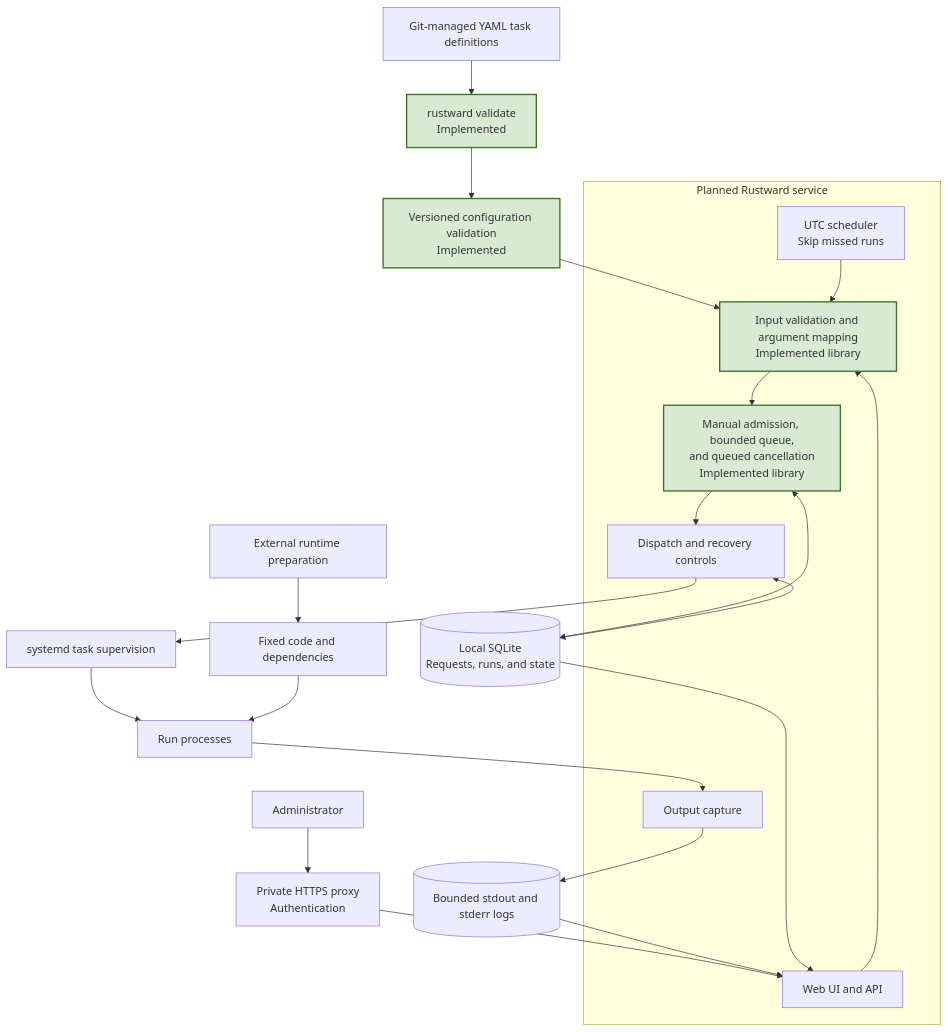
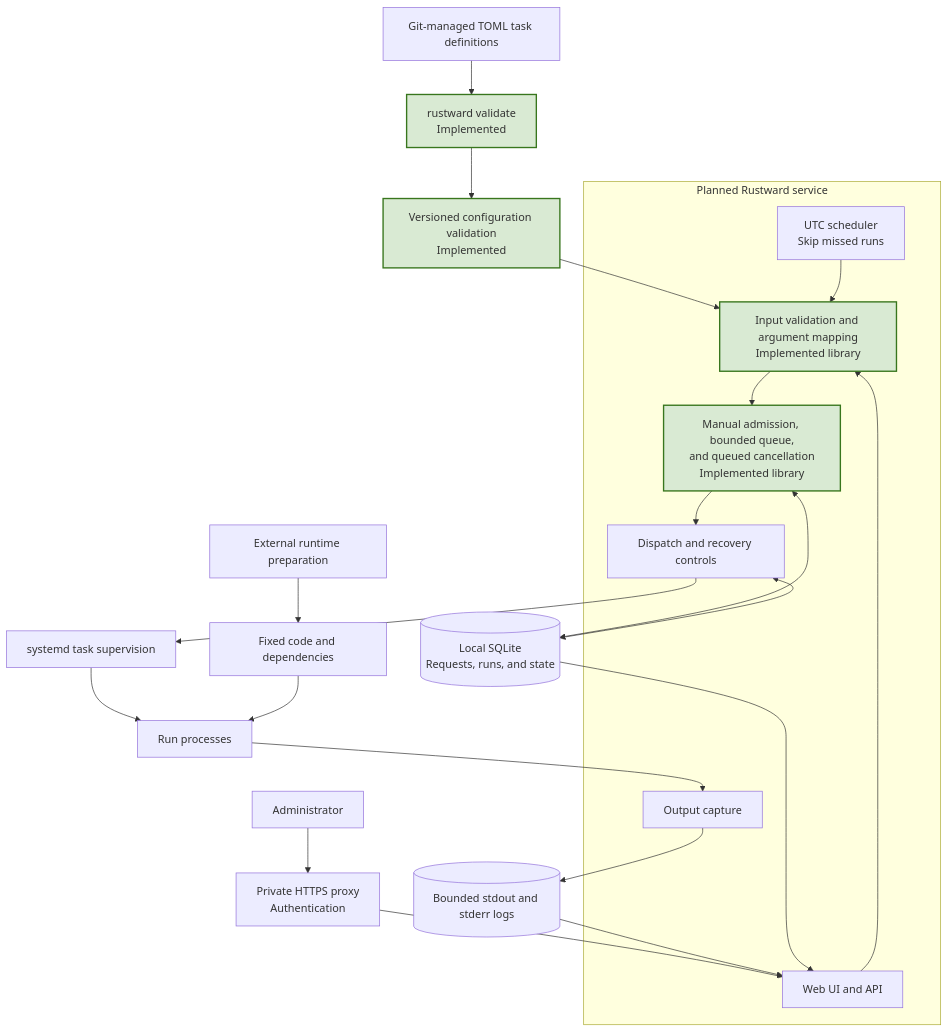
Before and after one commit to chrizpower/rustward: the diagram in docs/ARCHITECTURE.md, drawn with Mermaid. The commit also changed other lines of this file and 17 other files, not shown here.

Commit message:
refactor: replace YAML configuration with TOML

````diff
--- a/docs/ARCHITECTURE.md
+++ b/docs/ARCHITECTURE.md
@@ -14,45 +14,45 @@
 ```mermaid
 flowchart TB
-    Git["Git-managed YAML task definitions"]
+    Git["Git-managed TOML task definitions"]
     CLI["rustward validate<br/>Implemented"]
     Config["Versioned configuration validation<br/>Implemented"]
 
     Admin["Administrator"]
     Proxy["Private HTTPS proxy<br/>Authentication"]
 
     subgraph Service["Planned Rustward service"]
         UI["Web UI and API"]
         Cron["UTC scheduler<br/>Skip missed runs"]
         Inputs["Input validation and argument mapping<br/>Implemented library"]
         Queue["Manual admission, bounded queue,<br/>and queued cancellation<br/>Implemented library"]
         Dispatch["Dispatch and recovery controls"]
         Capture["Output capture"]
     end
 
     DB[("Local SQLite<br/>Requests, runs, and state")]
     Prepare["External runtime preparation"]
     Runtime["Fixed code and dependencies"]
     Systemd["systemd task supervision"]
     Task["Run processes"]
     Logs[("Bounded stdout and stderr logs")]
 
     Git --> CLI --> Config
     Config --> Inputs
 
     Admin --> Proxy --> UI
     UI --> Inputs
     Cron --> Inputs
     Inputs --> Queue --> Dispatch
     Queue <--> DB
     Dispatch <--> DB
 
     Prepare --> Runtime
     Dispatch --> Systemd --> Task
     Runtime --> Task
     Task --> Capture --> Logs
     Logs --> UI
     DB --> UI
 
     classDef implemented fill:#d9ead3,stroke:#38761d,stroke-width:2px
     class CLI,Config,Inputs,Queue implemented
 ```
````
